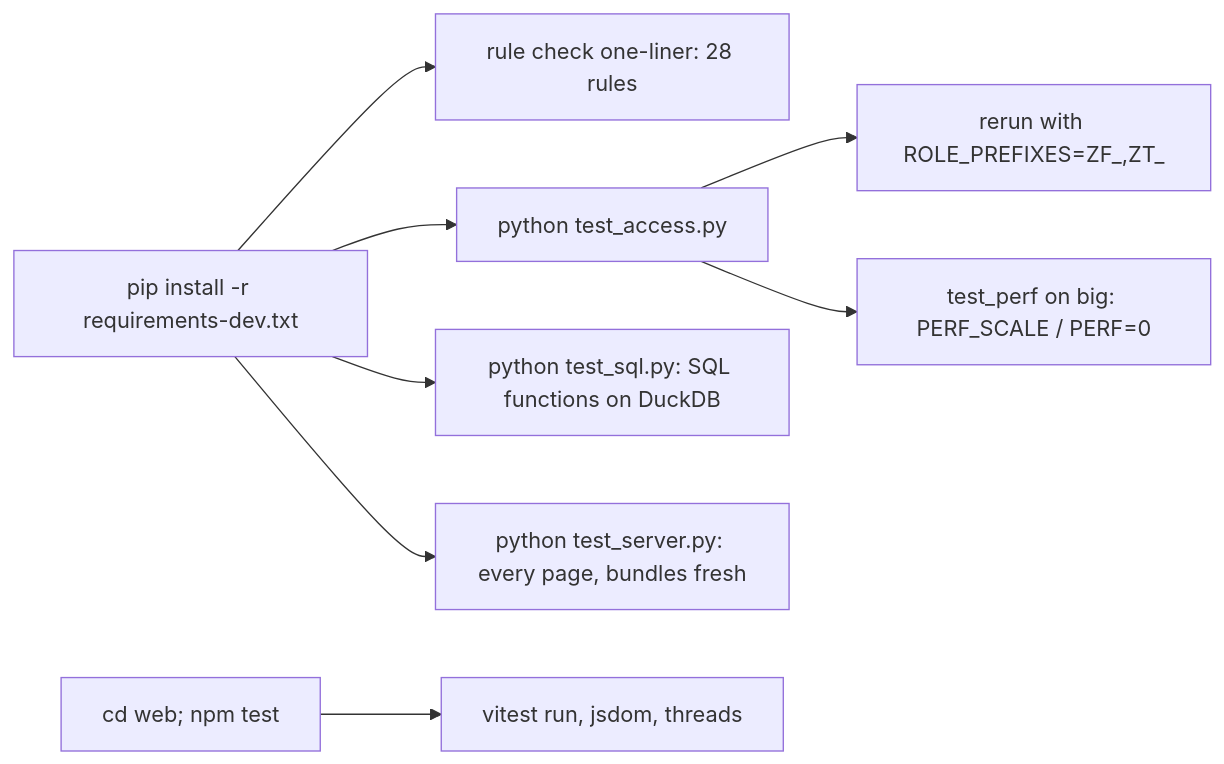
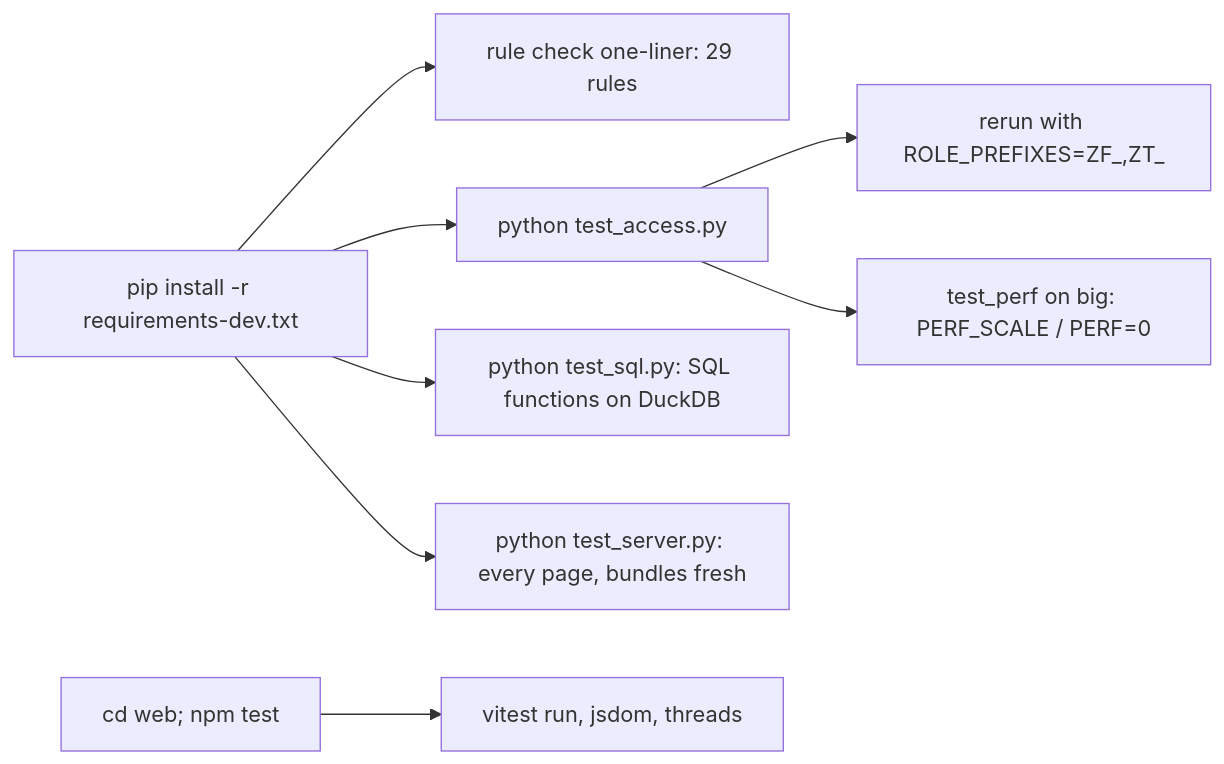
The diagram in snowflake-access-explorer-knowledge-graph/processes/test.md (darshanmeel/snowflake-access-explorer), drawn with Mermaid before and after one commit. The commit also changed other lines of this file and 88 other files, not shown here.

First line of the commit message:
Knowledge graph and docs for the access log; per-day charts by user, role, client, statement, R/W/DDL, object kind

````diff
--- a/snowflake-access-explorer-knowledge-graph/processes/test.md
+++ b/snowflake-access-explorer-knowledge-graph/processes/test.md
@@ -4,9 +4,9 @@
 ```mermaid
 flowchart LR
-  D[pip install -r requirements-dev.txt] --> R[rule check one-liner: 28 rules]
+  D[pip install -r requirements-dev.txt] --> R[rule check one-liner: 29 rules]
   D --> A[python test_access.py] --> A2[rerun with ROLE_PREFIXES=ZF_,ZT_]
   D --> Q[python test_sql.py: SQL functions on DuckDB]
   D --> S[python test_server.py: every page, bundles fresh]
   N[cd web; npm test] --> V[vitest run, jsdom, threads]
   A --> P[test_perf on big: PERF_SCALE / PERF=0]
 ```
````
